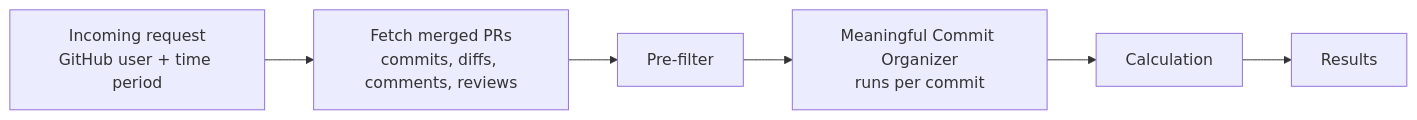
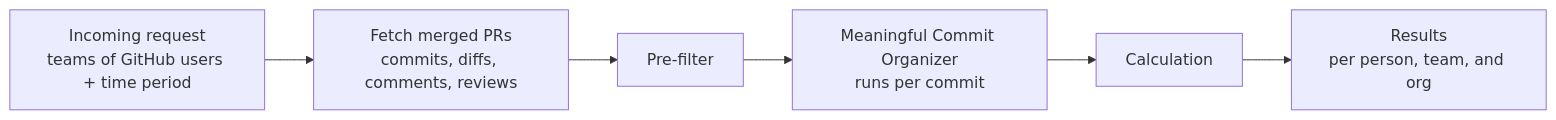
The diagram in README.md (Shiwenree/PR-Project), drawn with Mermaid before and after one commit. The commit also changed other lines of this file and 13 other files, not shown here.

Commit message:
Add team comparisons, batch mode, per-commit reasons, tests, and label evaluation

````diff
--- a/README.md
+++ b/README.md
@@ -11,8 +11,8 @@
 ```mermaid
 flowchart LR
-    A[Incoming request<br/>GitHub user + time period] --> B[Fetch merged PRs<br/>commits, diffs, comments, reviews]
+    A[Incoming request<br/>teams of GitHub users + time period] --> B[Fetch merged PRs<br/>commits, diffs, comments, reviews]
     B --> C[Pre-filter]
     C --> D[Meaningful Commit Organizer<br/>runs per commit]
     D --> E[Calculation]
-    E --> F[Results]
+    E --> F[Results<br/>per person, team, and org]
 ```
````
